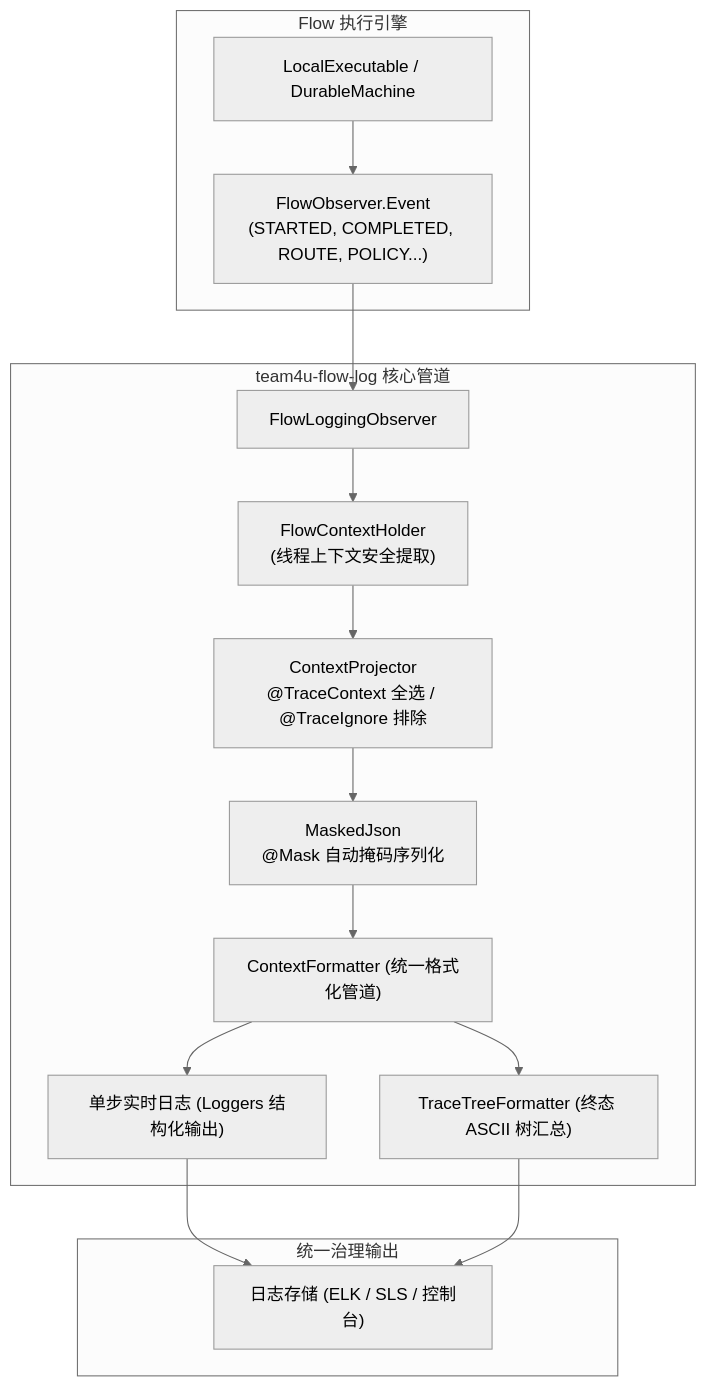
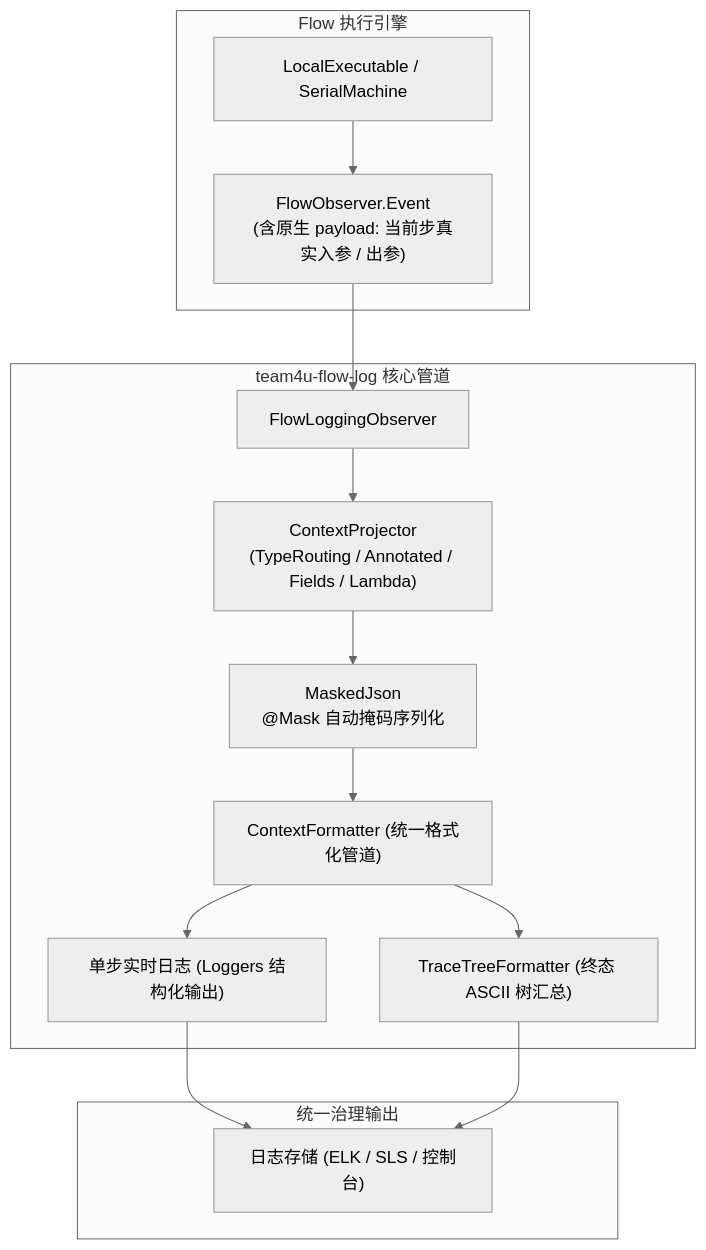
The diagram in docs/flow/flow-log.md (team4u/team4u-framework), drawn with Mermaid (neutral theme) before and after one commit. The commit also changed other lines of this file and 6 other files, not shown here.

Commit message:
refactor(flow): enhance FlowObserver.Event to natively carry runtime payload and decouple from ThreadLocal

````diff
--- a/docs/flow/flow-log.md
+++ b/docs/flow/flow-log.md
@@ -18,21 +18,20 @@
 ```mermaid
 graph TD
     subgraph "Flow 执行引擎"
-        ENG["LocalExecutable / DurableMachine"] --> EVT["FlowObserver.Event<br/>(STARTED, COMPLETED, ROUTE, POLICY...)"]
+        ENG["LocalExecutable / SerialMachine"] --> EVT["FlowObserver.Event<br/>(含原生 payload: 当前步真实入参 / 出参)"]
     end
 
     subgraph "team4u-flow-log 核心管道"
         EVT --> FLO["FlowLoggingObserver"]
-        FLO --> HOLDER["FlowContextHolder<br/>(线程上下文安全提取)"]
-        HOLDER --> PROJ["ContextProjector<br/>@TraceContext 全选 / @TraceIgnore 排除"]
+        FLO --> PROJ["ContextProjector<br/>(TypeRouting / Annotated / Fields / Lambda)"]
         PROJ --> MASK["MaskedJson<br/>@Mask 自动掩码序列化"]
         MASK --> FMT["ContextFormatter (统一格式化管道)"]
         FMT --> STEP["单步实时日志 (Loggers 结构化输出)"]
         FMT --> TREE["TraceTreeFormatter (终态 ASCII 树汇总)"]
     end
 
     subgraph "统一治理输出"
         STEP --> LOG["日志存储 (ELK / SLS / 控制台)"]
         TREE --> LOG
     end
 ```
````
